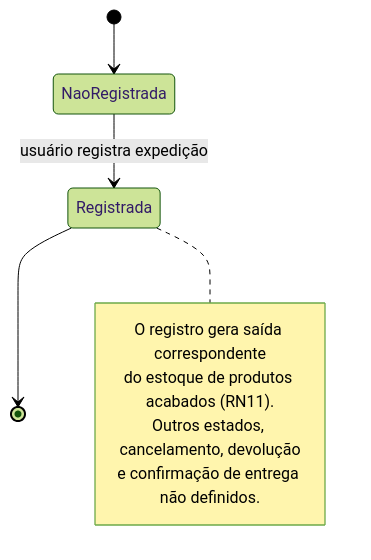
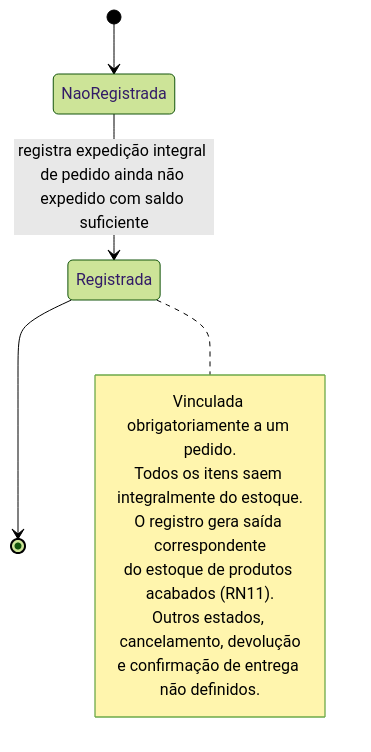
One commit to edumoreira7/TCC---Gestao-Integrada changed the diagram in docs/03-modelagem/estados/estado-expedicao.mmd. Above: the diagram before and after it, drawn with Mermaid (forest theme). The commit also changed 13 other files, not shown here.

```diff
--- a/docs/03-modelagem/estados/estado-expedicao.mmd
+++ b/docs/03-modelagem/estados/estado-expedicao.mmd
@@ -1,10 +1,12 @@
 stateDiagram-v2
     [*] --> NaoRegistrada
-    NaoRegistrada --> Registrada: usuário registra expedição
+    NaoRegistrada --> Registrada: registra expedição integral de pedido ainda não expedido com saldo suficiente
     Registrada --> [*]
     note right of Registrada
+      Vinculada obrigatoriamente a um pedido.
+      Todos os itens saem integralmente do estoque.
       O registro gera saída correspondente
       do estoque de produtos acabados (RN11).
       Outros estados, cancelamento, devolução
       e confirmação de entrega não definidos.
     end note
```
